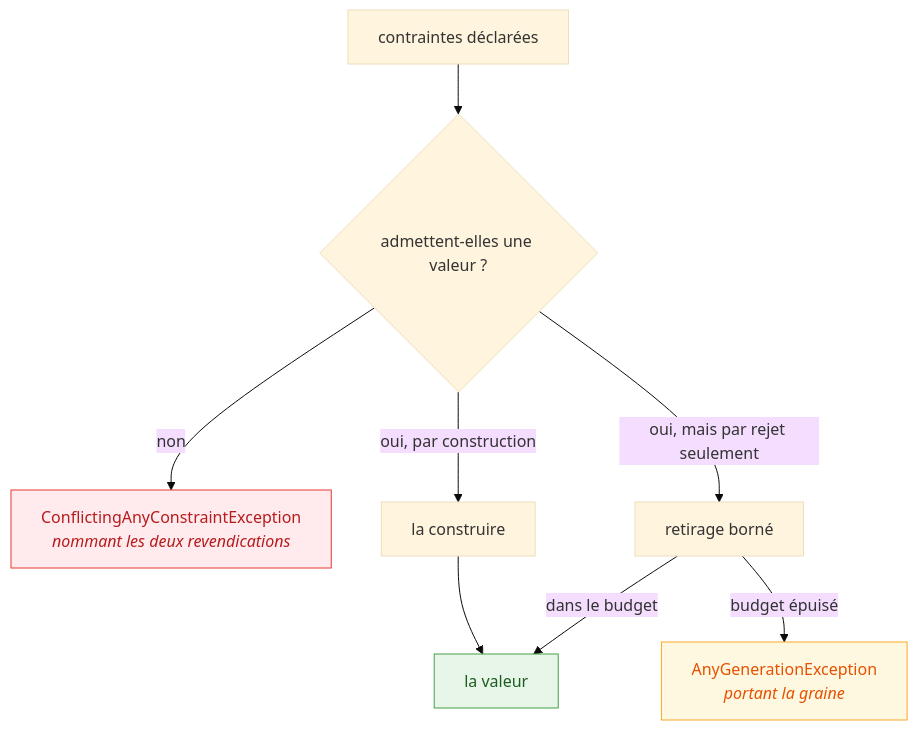
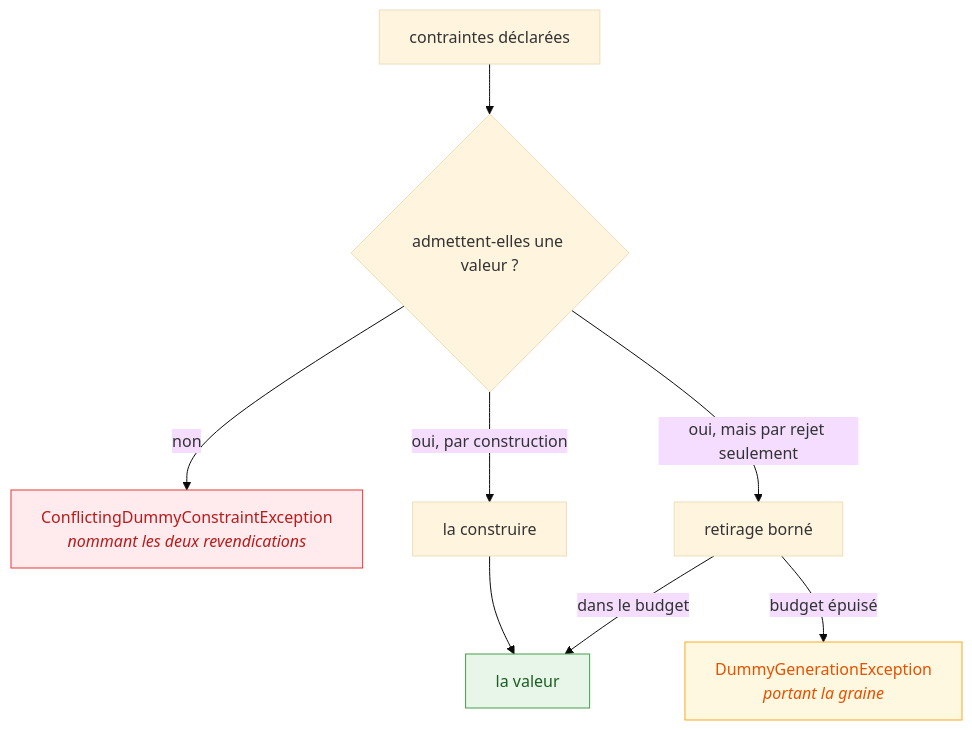
One commit to Reefact/just-dummies changed the second of 2 diagrams in doc/handwritten/for-maintainers/architecture.fr.md. Above: the diagram before and after it, drawn with Mermaid (base theme). The commit also changed other lines of this file and 755 other files, not shown here.

````diff
--- a/doc/handwritten/for-maintainers/architecture.fr.md
+++ b/doc/handwritten/for-maintainers/architecture.fr.md
@@ -105,14 +105,14 @@
 ```mermaid
 flowchart TD
     accTitle: Comment une contrainte devient une valeur
-    accDescr: On demande aux contraintes déclarées si elles admettent une valeur. Non lève une ConflictingAnyConstraintException nommant les deux revendications. Oui par construction construit la valeur. Oui mais par rejet seulement passe par un retirage borné, qui atteint la valeur dans le budget et lève une AnyGenerationException portant la graine une fois le budget épuisé.
+    accDescr: On demande aux contraintes déclarées si elles admettent une valeur. Non lève une ConflictingDummyConstraintException nommant les deux revendications. Oui par construction construit la valeur. Oui mais par rejet seulement passe par un retirage borné, qui atteint la valeur dans le budget et lève une DummyGenerationException portant la graine une fois le budget épuisé.
     S["contraintes déclarées"] --> Q{"admettent-elles une valeur ?"}
-    Q -->|"non"| C["ConflictingAnyConstraintException<br/><i>nommant les deux revendications</i>"]
+    Q -->|"non"| C["ConflictingDummyConstraintException<br/><i>nommant les deux revendications</i>"]
     Q -->|"oui, par construction"| B["la construire"] --> V["la valeur"]
     Q -->|"oui, mais par rejet seulement"| R["retirage borné"]
     R -->|"dans le budget"| V
-    R -->|"budget épuisé"| A["AnyGenerationException<br/><i>portant la graine</i>"]
+    R -->|"budget épuisé"| A["DummyGenerationException<br/><i>portant la graine</i>"]
     style V fill:#e8f5e9,stroke:#43a047,color:#1b5e20
     style C fill:#ffebee,stroke:#e53935,color:#b71c1c
     style A fill:#fff8e1,stroke:#f9a825,color:#e65100
 ```
````
